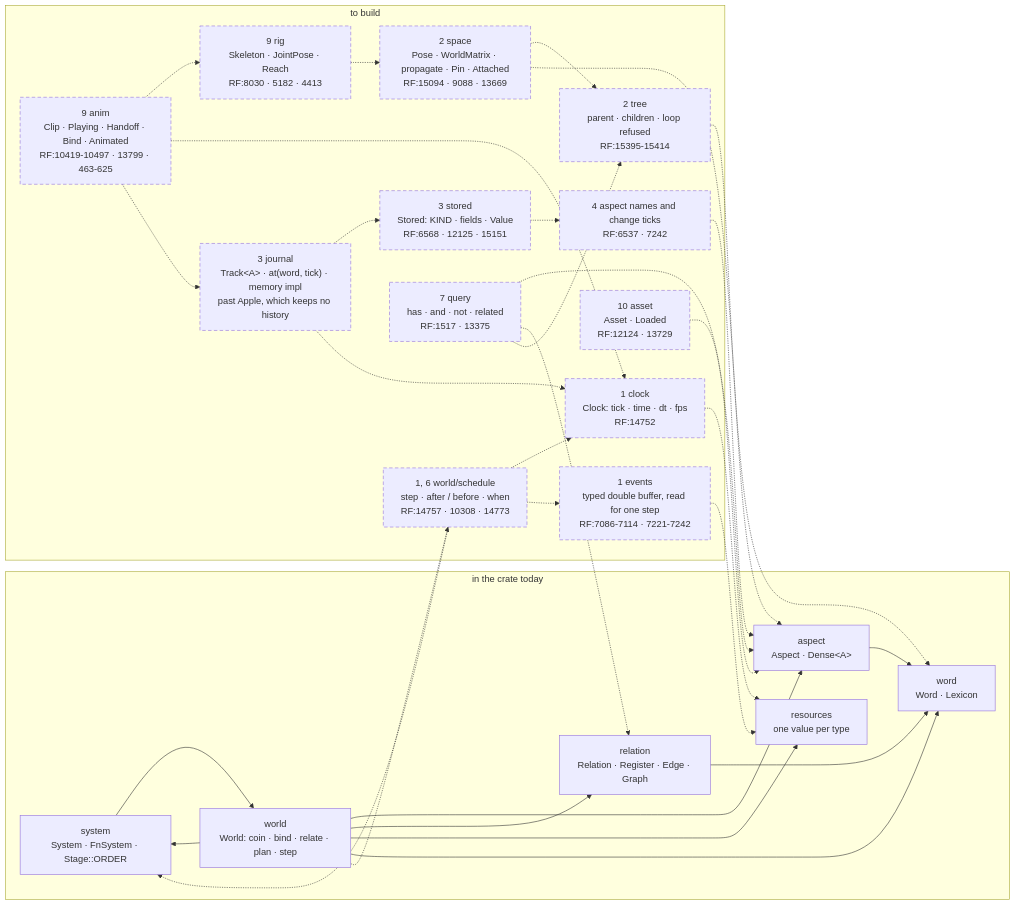
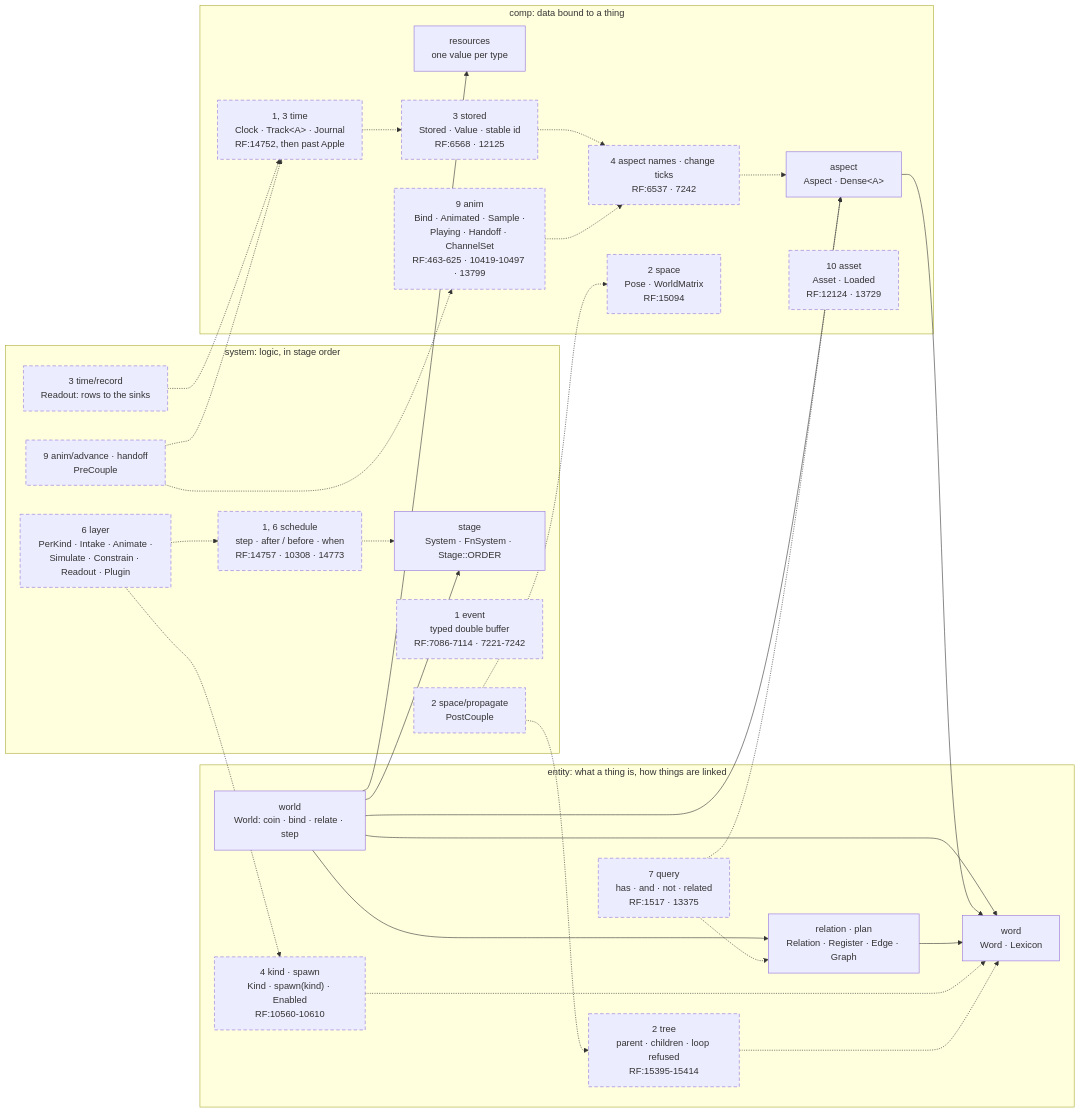
One commit to gemphi/phikit changed the first of 3 diagrams in crates/phicore/phiecs/ARCHITECTURE.md. Above: the diagram before and after it, drawn with Mermaid. The commit also changed other lines of this file and 21 other files, not shown here.

````diff
--- a/crates/phicore/phiecs/ARCHITECTURE.md
+++ b/crates/phicore/phiecs/ARCHITECTURE.md
@@ -9,56 +10,55 @@
 ```mermaid
 graph LR
-    subgraph today["in the crate today"]
-        m_word["word<br/>Word · Lexicon"]
-        m_relation["relation<br/>Relation · Register · Edge · Graph"]
-        m_aspect["aspect<br/>Aspect · Dense&lt;A&gt;"]
-        m_resources["resources<br/>one value per type"]
-        m_system["system<br/>System · FnSystem · Stage::ORDER"]
-        m_world["world<br/>World: coin · bind · relate · plan · step"]
+    subgraph entity["entity: what a thing is, how things are linked"]
+        e_word["word<br/>Word · Lexicon"]
+        e_rel["relation · plan<br/>Relation · Register · Edge · Graph"]
+        e_world["world<br/>World: coin · bind · relate · step"]
+        e_kind["4 kind · spawn<br/>Kind · spawn(kind) · Enabled<br/>RF:10560-10610"]
+        e_tree["2 tree<br/>parent · children · loop refused<br/>RF:15395-15414"]
+        e_query["7 query<br/>has · and · not · related<br/>RF:1517 · 13375"]
     end
-    subgraph build["to build"]
-        m_clock["1 clock<br/>Clock: tick · time · dt · fps<br/>RF:14752"]
-        m_events["1 events<br/>typed double buffer, read for one step<br/>RF:7086-7114 · 7221-7242"]
-        m_schedule["1, 6 world/schedule<br/>step · after / before · when<br/>RF:14757 · 10308 · 14773"]
-        m_tree["2 tree<br/>parent · children · loop refused<br/>RF:15395-15414"]
-        m_space["2 space<br/>Pose · WorldMatrix · propagate · Pin · Attached<br/>RF:15094 · 9088 · 13669"]
-        m_stored["3 stored<br/>Stored: KIND · fields · Value<br/>RF:6568 · 12125 · 15151"]
-        m_journal["3 journal<br/>Track&lt;A&gt; · at(word, tick) · memory impl<br/>past Apple, which keeps no history"]
-        m_names["4 aspect names and change ticks<br/>RF:6537 · 7242"]
-        m_query["7 query<br/>has · and · not · related<br/>RF:1517 · 13375"]
-        m_rig["9 rig<br/>Skeleton · JointPose · Reach<br/>RF:8030 · 5182 · 4413"]
-        m_anim["9 anim<br/>Clip · Playing · Handoff · Bind · Animated<br/>RF:10419-10497 · 13799 · 463-625"]
-        m_asset["10 asset<br/>Asset · Loaded<br/>RF:12124 · 13729"]
+    subgraph comp["comp: data bound to a thing"]
+        c_aspect["aspect<br/>Aspect · Dense&lt;A&gt;"]
+        c_res["resources<br/>one value per type"]
+        c_names["4 aspect names · change ticks<br/>RF:6537 · 7242"]
+        c_stored["3 stored<br/>Stored · Value · stable id<br/>RF:6568 · 12125"]
+        c_space["2 space<br/>Pose · WorldMatrix<br/>RF:15094"]
+        c_time["1, 3 time<br/>Clock · Track&lt;A&gt; · Journal<br/>RF:14752, then past Apple"]
+        c_anim["9 anim<br/>Bind · Animated · Sample ·<br/>Playing · Handoff · ChannelSet<br/>RF:463-625 · 10419-10497 · 13799"]
+        c_asset["10 asset<br/>Asset · Loaded<br/>RF:12124 · 13729"]
     end
-    m_aspect --> m_word
-    m_relation --> m_word
-    m_system --> m_world
-    m_world --> m_aspect
-    m_world --> m_relation
-    m_world --> m_resources
-    m_world --> m_system
-    m_world --> m_word
-    m_world -.-> m_schedule
-    m_schedule -.-> m_clock
-    m_schedule -.-> m_events
-    m_schedule -.-> m_system
-    m_clock -.-> m_resources
-    m_events -.-> m_resources
-    m_tree -.-> m_word
-    m_space -.-> m_tree
-    m_space -.-> m_aspect
-    m_names -.-> m_aspect
-    m_stored -.-> m_names
-    m_journal -.-> m_stored
-    m_journal -.-> m_clock
-    m_query -.-> m_aspect
-    m_query -.-> m_relation
-    m_query -.-> m_tree
-    m_rig -.-> m_space
-    m_anim -.-> m_rig
-    m_anim -.-> m_clock
-    m_anim -.-> m_journal
-    m_asset -.-> m_aspect
+    subgraph system["system: logic, in stage order"]
+        s_stage["stage<br/>System · FnSystem · Stage::ORDER"]
+        s_sched["1, 6 schedule<br/>step · after / before · when<br/>RF:14757 · 10308 · 14773"]
+        s_layer["6 layer<br/>PerKind · Intake · Animate ·<br/>Simulate · Constrain · Readout · Plugin"]
+        s_events["1 event<br/>typed double buffer<br/>RF:7086-7114 · 7221-7242"]
+        s_space["2 space/propagate<br/>PostCouple"]
+        s_time["3 time/record<br/>Readout: rows to the sinks"]
+        s_anim["9 anim/advance · handoff<br/>PreCouple"]
+    end
+    e_world --> e_word
+    e_world --> e_rel
+    e_world --> c_aspect
+    e_world --> c_res
+    e_world --> s_stage
+    c_aspect --> e_word
+    e_rel --> e_word
+    e_kind -.-> e_word
+    e_tree -.-> e_word
+    e_query -.-> c_aspect
+    e_query -.-> e_rel
+    c_names -.-> c_aspect
+    c_stored -.-> c_names
+    c_time -.-> c_stored
+    c_anim -.-> c_names
+    s_sched -.-> s_stage
+    s_layer -.-> s_sched
+    s_layer -.-> e_kind
+    s_space -.-> c_space
+    s_space -.-> e_tree
+    s_time -.-> c_time
+    s_anim -.-> c_anim
+    s_anim -.-> c_time
     classDef plan stroke-dasharray: 6 4;
-    class m_clock,m_events,m_schedule,m_tree,m_space,m_stored,m_journal,m_names,m_query,m_rig,m_anim,m_asset plan;
+    class e_kind,e_tree,e_query,c_names,c_stored,c_space,c_time,c_anim,c_asset,s_sched,s_layer,s_events,s_space,s_time,s_anim plan;
 ```
````
